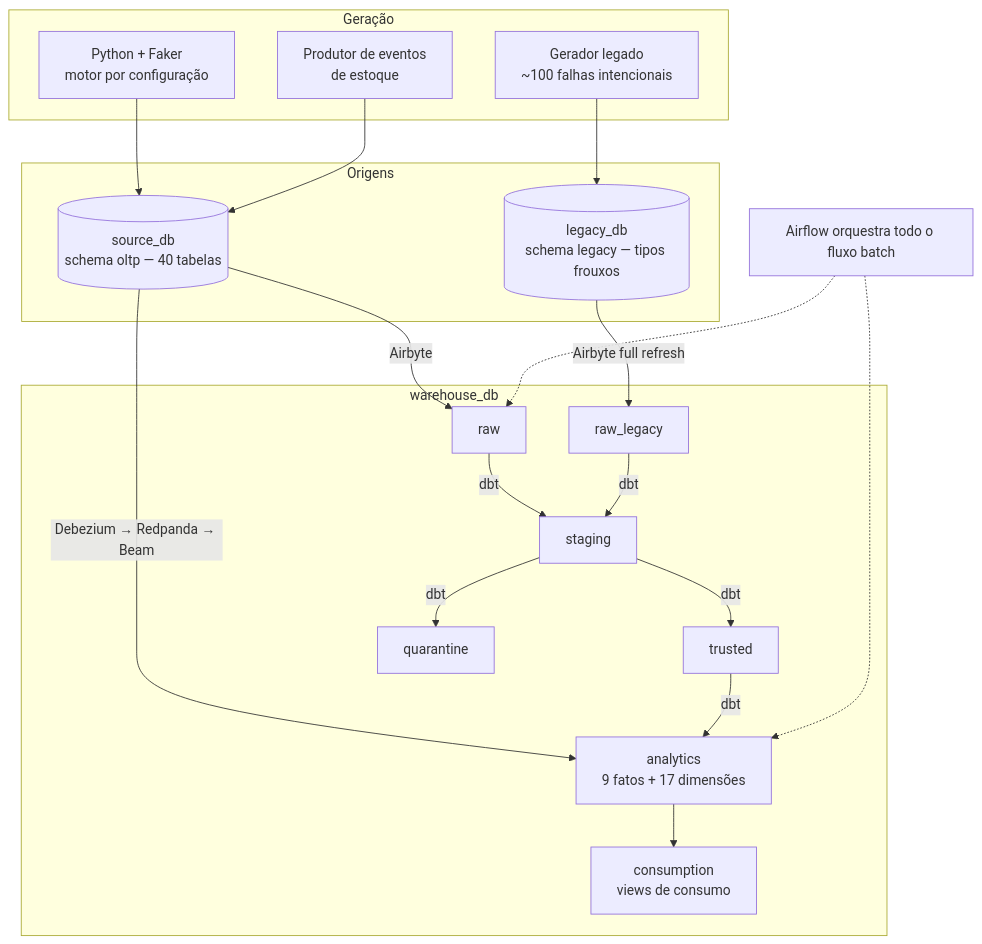
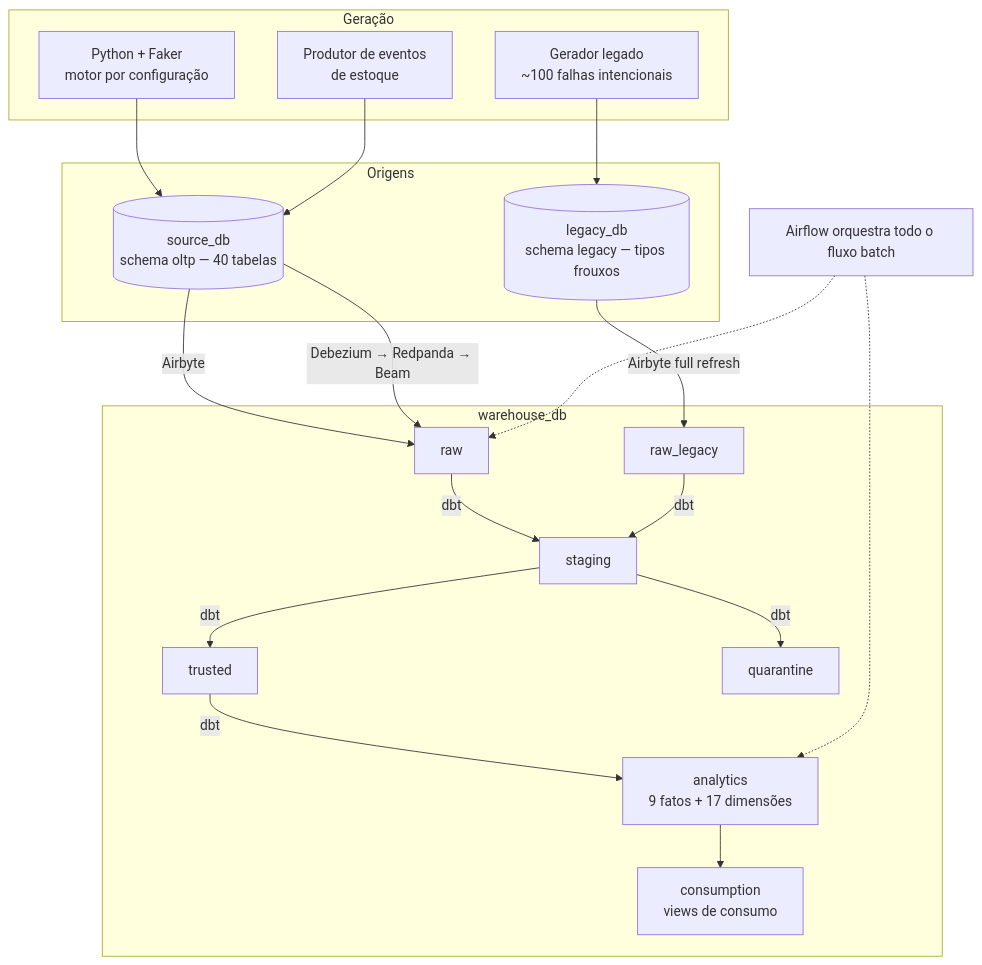
One commit to alencardoug/mvp_eng_dados_1 changed the diagram in docs/arquitetura.md. Above: the diagram before and after it, drawn with Mermaid. The commit also changed other lines of this file and 43 other files, not shown here.

````diff
--- a/docs/arquitetura.md
+++ b/docs/arquitetura.md
@@ -23,41 +23,41 @@
 ```mermaid
 flowchart TB
     subgraph GER["Geração"]
         FK["Python + Faker<br/>motor por configuração"]
         LG["Gerador legado<br/>~100 falhas intencionais"]
         ST["Produtor de eventos<br/>de estoque"]
     end
 
     subgraph ORI["Origens"]
         SRC[("source_db<br/>schema oltp — 40 tabelas")]
         LEG[("legacy_db<br/>schema legacy — tipos frouxos")]
     end
 
     subgraph WH["warehouse_db"]
         RAW["raw"]
         RAWL["raw_legacy"]
         STG["staging"]
         TRU["trusted"]
         ANA["analytics<br/>9 fatos + 17 dimensões"]
         CON["consumption<br/>views de consumo"]
         QUA["quarantine"]
     end
 
     FK --> SRC
     LG --> LEG
     ST --> SRC
 
     SRC -->|Airbyte| RAW
     LEG -->|Airbyte full refresh| RAWL
-    SRC -->|Debezium → Redpanda → Beam| ANA
+    SRC -->|Debezium → Redpanda → Beam| RAW
 
     RAW -->|dbt| STG
     RAWL -->|dbt| STG
     STG -->|dbt| TRU
     STG -->|dbt| QUA
     TRU -->|dbt| ANA
     ANA --> CON
 
     AF["Airflow orquestra todo o fluxo batch"] -.-> RAW
     AF -.-> ANA
 ```
````
